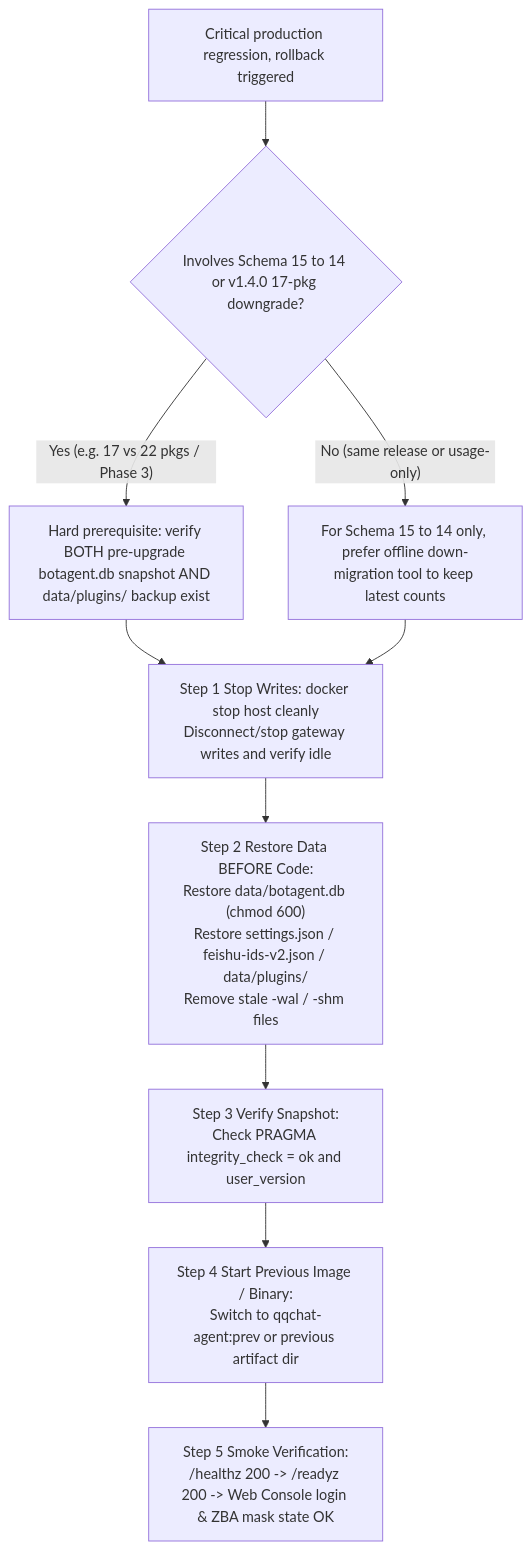
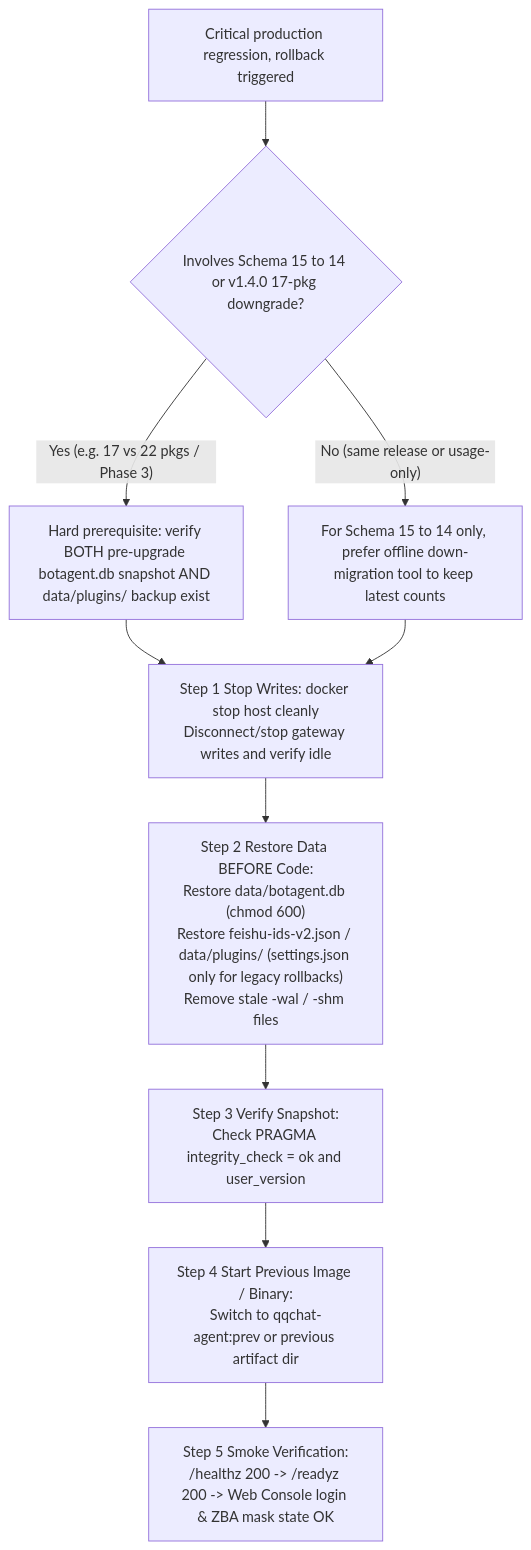
Before and after one commit to ZhaoJun233/bot-agent: the diagram in docs/operations/runbook.en.md, drawn with Mermaid. The commit also changed other lines of this file and 12 other files, not shown here.

````diff
--- a/docs/operations/runbook.en.md
+++ b/docs/operations/runbook.en.md
@@ -58,12 +58,12 @@
 ```mermaid
 flowchart TD
     A["Critical production regression, rollback triggered"] --> B{"Involves Schema 15 to 14 or v1.4.0 17-pkg downgrade?"}
     B -- "Yes (e.g. 17 vs 22 pkgs / Phase 3)" --> C["Hard prerequisite: verify BOTH pre-upgrade botagent.db snapshot AND data/plugins/ backup exist"]
     B -- "No (same release or usage-only)" --> D["For Schema 15 to 14 only, prefer offline down-migration tool to keep latest counts"]
     C --> E["Step 1 Stop Writes: docker stop host cleanly<br/>Disconnect/stop gateway writes and verify idle"]
     D --> E
-    E --> F["Step 2 Restore Data BEFORE Code:<br/>Restore data/botagent.db (chmod 600)<br/>Restore settings.json / feishu-ids-v2.json / data/plugins/<br/>Remove stale -wal / -shm files"]
+    E --> F["Step 2 Restore Data BEFORE Code:<br/>Restore data/botagent.db (chmod 600)<br/>Restore feishu-ids-v2.json / data/plugins/ (settings.json only for legacy rollbacks)<br/>Remove stale -wal / -shm files"]
     F --> G["Step 3 Verify Snapshot:<br/>Check PRAGMA integrity_check = ok and user_version"]
     G --> H["Step 4 Start Previous Image / Binary:<br/>Switch to qqchat-agent:prev or previous artifact dir"]
     H --> I["Step 5 Smoke Verification:<br/>/healthz 200 -> /readyz 200 -> Web Console login & ZBA mask state OK"]
 ```
````
